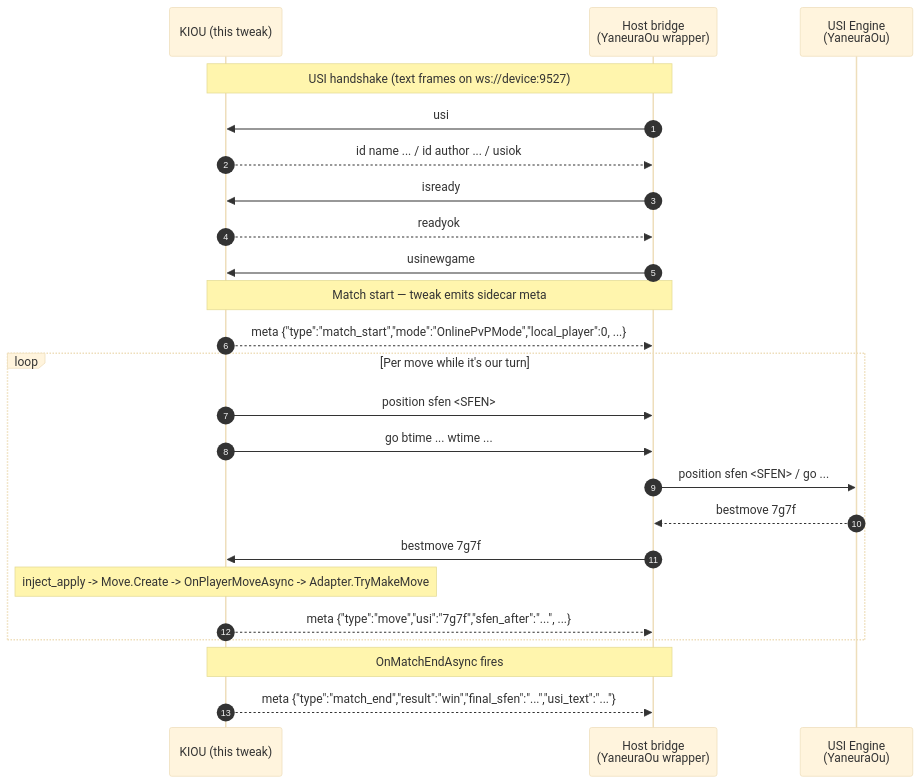
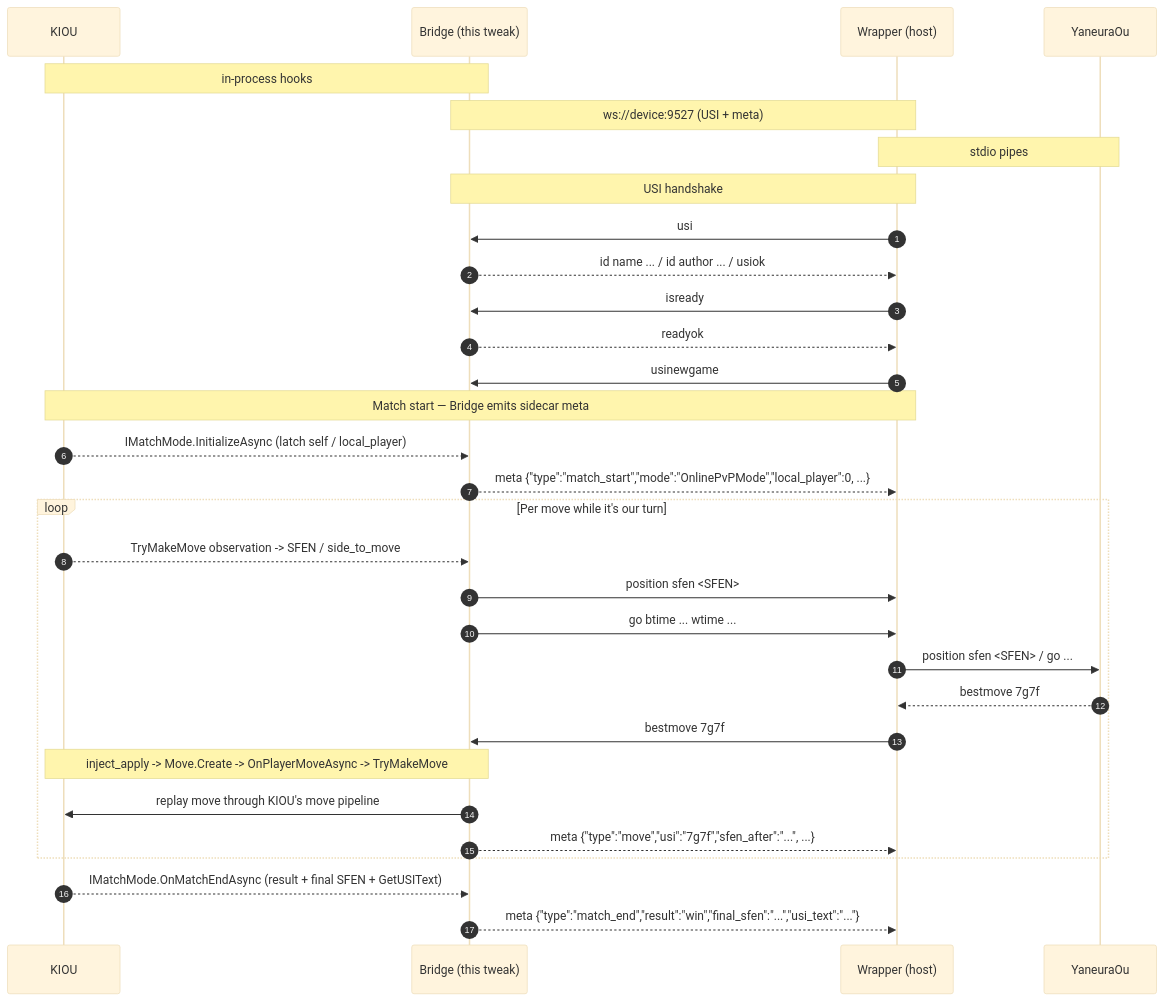
The first of 2 diagrams in README.md (IPA-Patch/KiouEngineBridge), drawn with Mermaid (base theme) before and after one commit. The commit also changed other lines of this file, not shown here.

Commit message:
docs: split What you get into KIOU / Bridge / Wrapper / YaneuraOu
The previous sequence collapsed KIOU + the tweak into a single 'K'
actor and the host into a single 'H', which hid the in-process vs
WebSocket vs stdio boundaries. Make all four parties explicit:

  KIOU <-> Bridge   in-process il2cpp hooks + function-pointer calls
  Bridge <-> Wrapper ws://device:9527 (USI + meta)
  Wrapper <-> YaneuraOu standard USI stdio pipes

The hook side now shows IMatchMode.InitializeAsync /
TryMakeMove observation / OnMatchEndAsync arrows explicitly from
KIOU to Bridge, and the inject side shows Bridge -> KIOU's move
pipeline as a separate hop instead of folding both into one self-
loop.

````diff
--- a/README.md
+++ b/README.md
@@ -81,30 +89,38 @@
 ```mermaid
 sequenceDiagram
     autonumber
-    participant K as KIOU (this tweak)
-    participant H as Host bridge<br/>(YaneuraOu wrapper)
-    participant E as USI Engine<br/>(YaneuraOu)
+    participant K as KIOU
+    participant B as Bridge (this tweak)
+    participant W as Wrapper (host)
+    participant E as YaneuraOu
 
-    Note over K,H: USI handshake (text frames on ws://device:9527)
-    H->>K: usi
-    K-->>H: id name ... / id author ... / usiok
-    H->>K: isready
-    K-->>H: readyok
-    H->>K: usinewgame
+    Note over K,B: in-process hooks
+    Note over B,W: ws://device:9527 (USI + meta)
+    Note over W,E: stdio pipes
 
-    Note over K,H: Match start — tweak emits sidecar meta
-    K-->>H: meta {"type":"match_start","mode":"OnlinePvPMode","local_player":0, ...}
+    Note over B,W: USI handshake
+    W->>B: usi
+    B-->>W: id name ... / id author ... / usiok
+    W->>B: isready
+    B-->>W: readyok
+    W->>B: usinewgame
+
+    Note over K,W: Match start — Bridge emits sidecar meta
+    K-->>B: IMatchMode.InitializeAsync (latch self / local_player)
+    B-->>W: meta {"type":"match_start","mode":"OnlinePvPMode","local_player":0, ...}
 
     loop Per move while it's our turn
-        K->>H: position sfen <SFEN>
-        K->>H: go btime ... wtime ...
-        H->>E: position sfen <SFEN> / go ...
-        E-->>H: bestmove 7g7f
-        H->>K: bestmove 7g7f
-        Note over K: inject_apply -> Move.Create -> OnPlayerMoveAsync -> Adapter.TryMakeMove
-        K-->>H: meta {"type":"move","usi":"7g7f","sfen_after":"...", ...}
+        K-->>B: TryMakeMove observation -> SFEN / side_to_move
+        B->>W: position sfen <SFEN>
+        B->>W: go btime ... wtime ...
+        W->>E: position sfen <SFEN> / go ...
+        E-->>W: bestmove 7g7f
+        W->>B: bestmove 7g7f
+        Note over B,K: inject_apply -> Move.Create -> OnPlayerMoveAsync -> TryMakeMove
+        B->>K: replay move through KIOU's move pipeline
+        B-->>W: meta {"type":"move","usi":"7g7f","sfen_after":"...", ...}
     end
 
-    Note over K,H: OnMatchEndAsync fires
-    K-->>H: meta {"type":"match_end","result":"win","final_sfen":"...","usi_text":"..."}
+    K-->>B: IMatchMode.OnMatchEndAsync (result + final SFEN + GetUSIText)
+    B-->>W: meta {"type":"match_end","result":"win","final_sfen":"...","usi_text":"..."}
 ```
````
